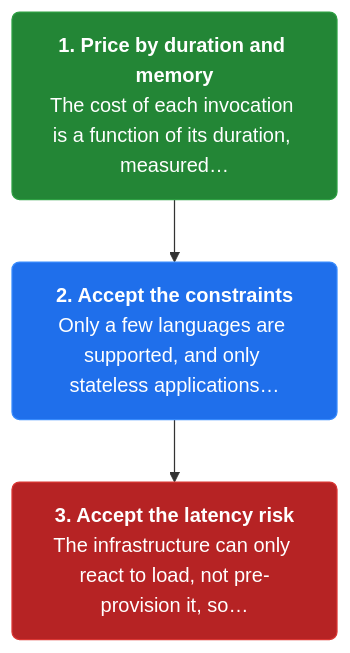
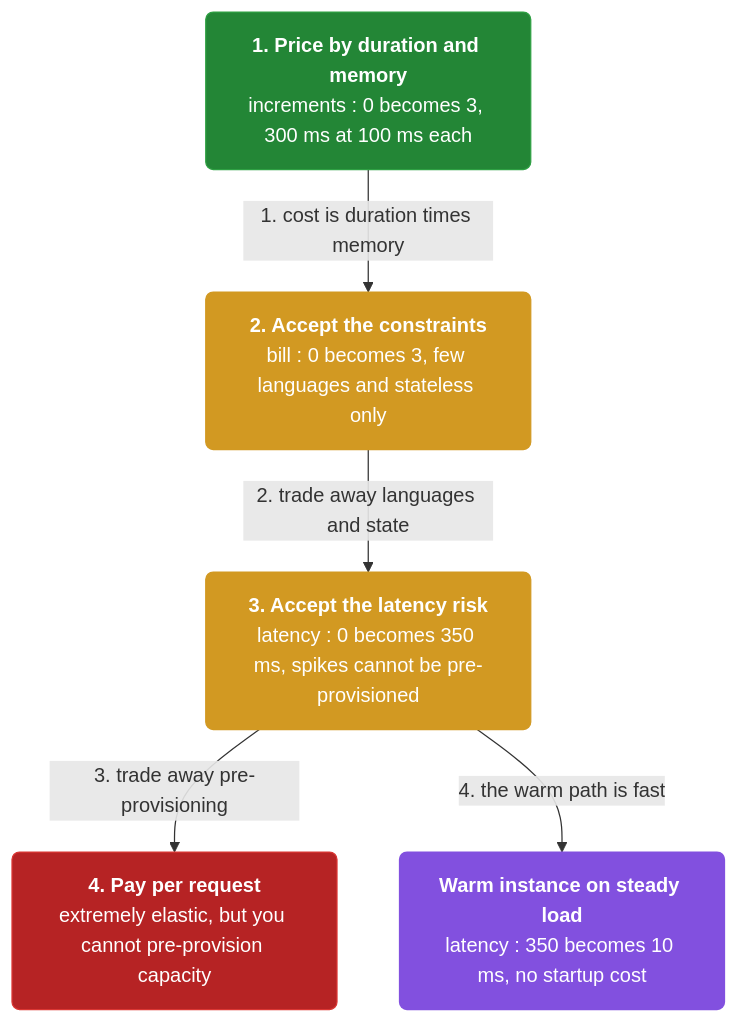
One commit to vinayakuber/microservices-io-study-guide changed the fourth of 4 diagrams in docs/ch41-serverless-deployment.md. Above: the diagram before and after it, drawn with Mermaid. The commit also changed other lines of this file and 46 other files, not shown here.

First line of the commit message:
Author rich branching flow diagrams for all 44 chapters

````diff
--- a/docs/ch41-serverless-deployment.md
+++ b/docs/ch41-serverless-deployment.md
@@ -124,11 +142,17 @@
 ```mermaid
 flowchart TD
-  classDef step fill:#1f6feb,color:#ffffff,stroke:#388bfd,stroke-width:1px,rx:6
+  classDef step fill:#1f6feb,color:#ffffff,stroke:#388bfd,rx:6
+  classDef core fill:#8250df,color:#ffffff,stroke:#8250df,rx:6
+  classDef warn fill:#d29922,color:#ffffff,stroke:#d29922,rx:6
   classDef start fill:#238636,color:#ffffff,stroke:#2ea043,rx:6
   classDef stop fill:#b62324,color:#ffffff,stroke:#da3633,rx:6
-  s3n0["<b>1. Price by duration and memory</b><br/>The cost of each invocation is a function of its duration, measured…"]:::start
-  s3n1["<b>2. Accept the constraints</b><br/>Only a few languages are supported, and only stateless applications…"]:::step
-  s3n2["<b>3. Accept the latency risk</b><br/>The infrastructure can only react to load, not pre-provision it, so…"]:::stop
-  s3n0 --> s3n1
-  s3n1 --> s3n2
+  n0["<b>1. Price by duration and memory</b><br/>increments : 0 becomes 3, 300 ms at 100 ms each"]:::start
+  n1["<b>2. Accept the constraints</b><br/>bill : 0 becomes 3, few languages and stateless only"]:::warn
+  n2["<b>3. Accept the latency risk</b><br/>latency : 0 becomes 350 ms, spikes cannot be pre-provisioned"]:::warn
+  n3["<b>4. Pay per request</b><br/>extremely elastic, but you cannot pre-provision capacity"]:::stop
+  n4["<b>Warm instance on steady load</b><br/>latency : 350 becomes 10 ms, no startup cost"]:::core
+  n0 -->|"1. cost is duration times memory"| n1
+  n1 -->|"2. trade away languages and state"| n2
+  n2 -->|"3. trade away pre-provisioning"| n3
+  n2 -->|"4. the warm path is fast"| n4
 ```
````
